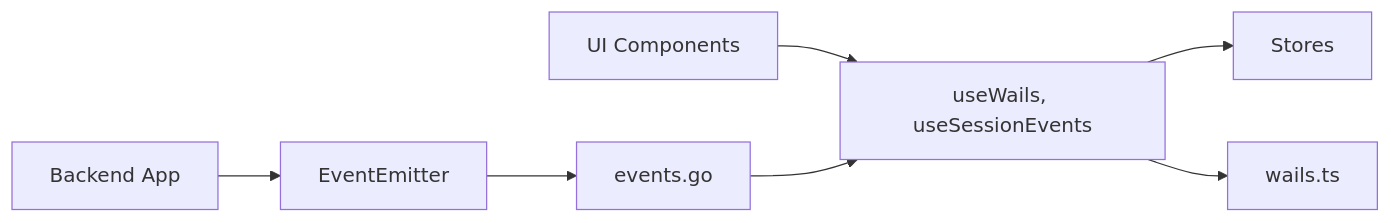
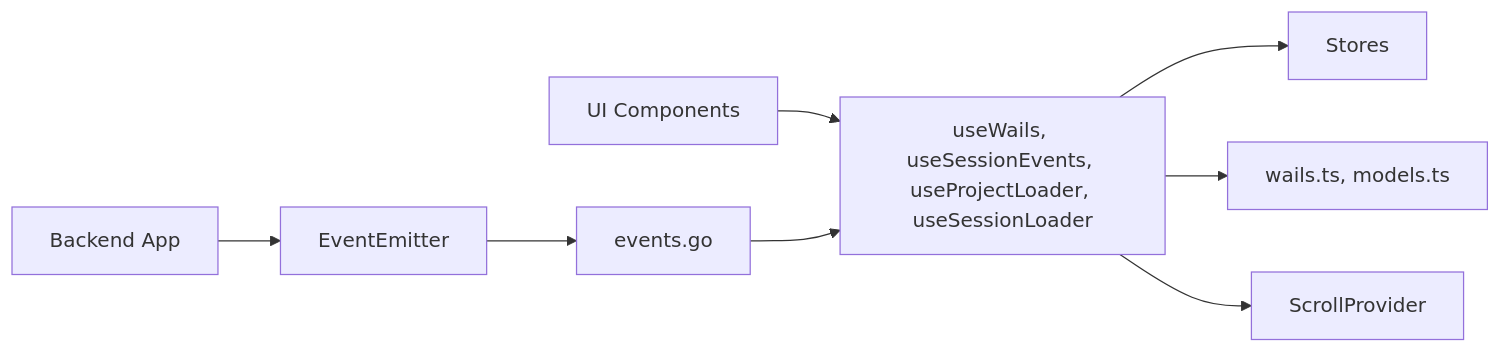
Before and after one commit to v0lka/c0wrk: the sixth of 6 diagrams in .qoder/repowiki/en/content/Frontend Application/State Management.md, drawn with Mermaid. The commit also changed other lines of this file and 13 other files, not shown here.

````diff
--- a/.qoder/repowiki/en/content/Frontend Application/State Management.md
+++ b/.qoder/repowiki/en/content/Frontend Application/State Management.md
@@ -308,9 +450,10 @@
 ```mermaid
 graph LR
-UI["UI Components"] --> Hooks["useWails, useSessionEvents"]
+UI["UI Components"] --> Hooks["useWails, useSessionEvents, useProjectLoader, useSessionLoader"]
 Hooks --> Stores["Stores"]
-Hooks --> Types["wails.ts"]
+Hooks --> Types["wails.ts, models.ts"]
+Hooks --> Scroll["ScrollProvider"]
 Backend["Backend App"] --> Emitter["EventEmitter"]
 Emitter --> Events["events.go"]
 Events --> Hooks
 ```
````
